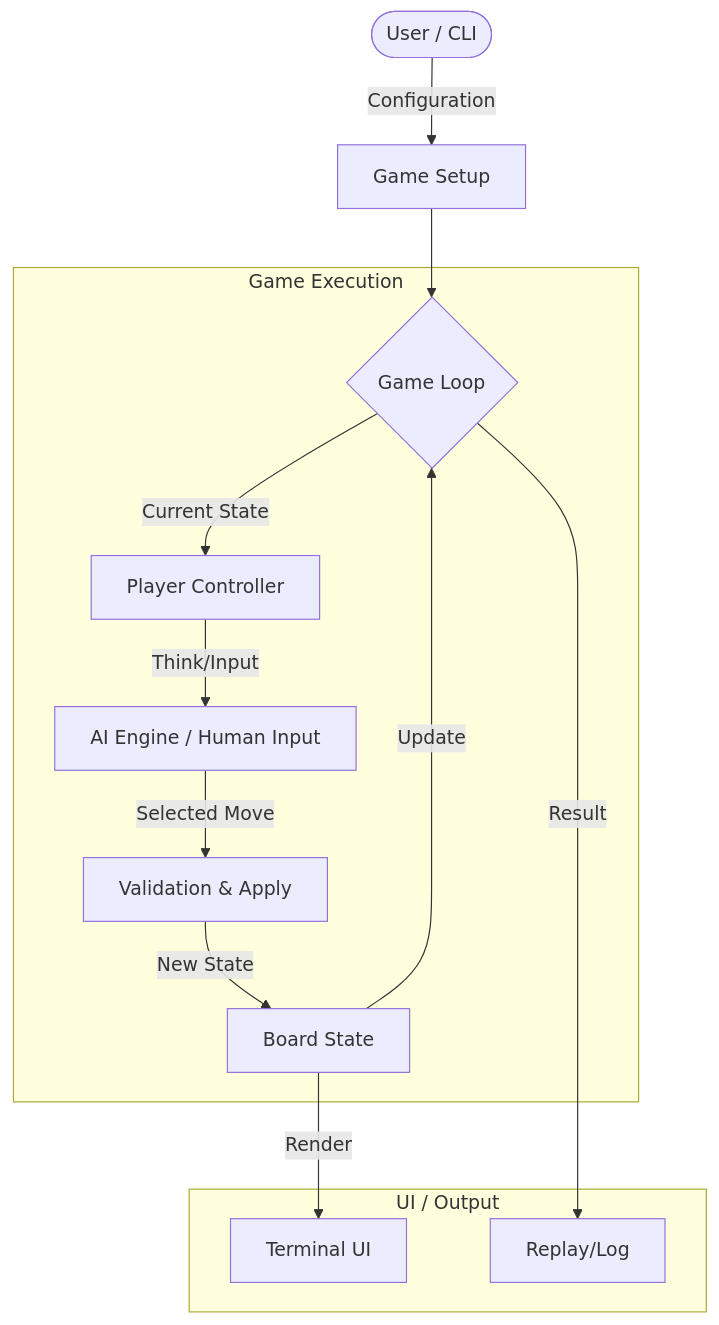
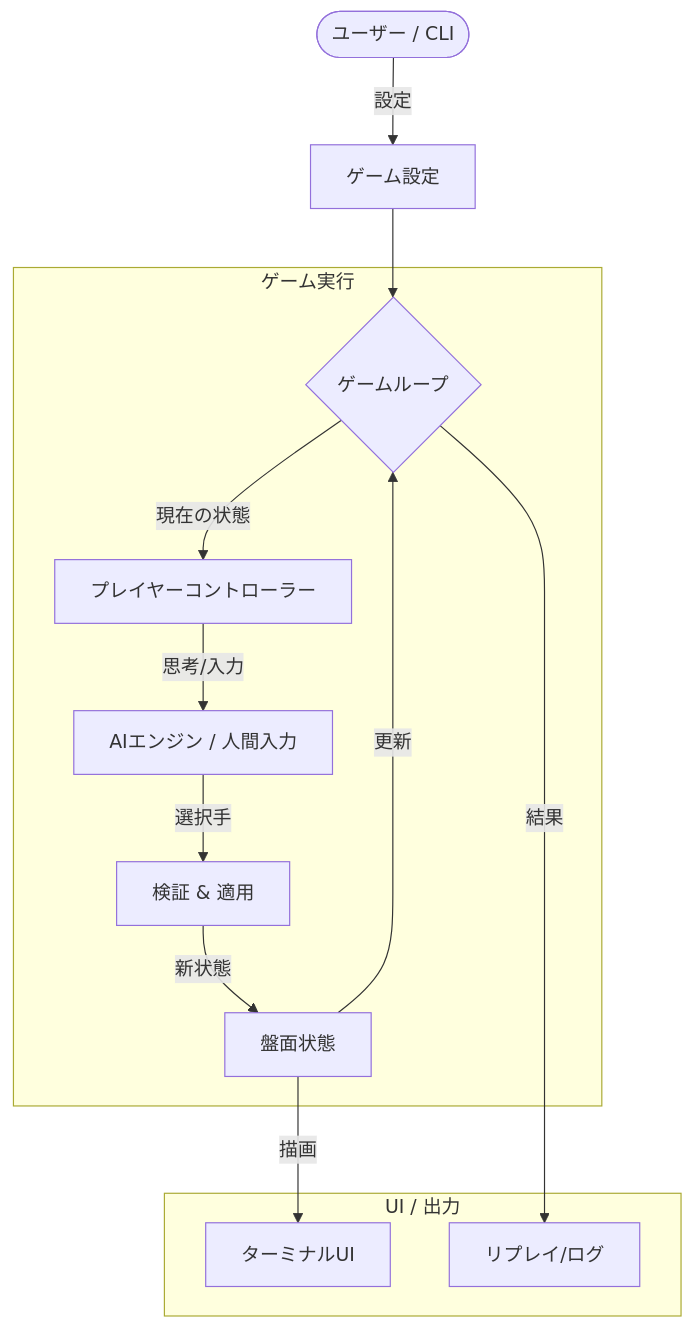
The second of 2 diagrams in docs/ARCHITECTURE.md (daizyoo/aho-ai), drawn with Mermaid before and after one commit. The commit also changed other lines of this file and 1 other file, not shown here.

First line of the commit message:
docs: Translate ARCHITECTURE.md to Japanese

````diff
--- a/docs/ARCHITECTURE.md
+++ b/docs/ARCHITECTURE.md
@@ -86,18 +86,18 @@
 ```mermaid
 graph TD
-    User([User / CLI]) -->|Configuration| Setup[Game Setup]
-    Setup --> GameLoop{Game Loop}
+    User([ユーザー / CLI]) -->|設定| Setup[ゲーム設定]
+    Setup --> GameLoop{ゲームループ}
 
-    subgraph Game Execution
-        GameLoop -->|Current State| Controller[Player Controller]
-        Controller -->|Think/Input| AI[AI Engine / Human Input]
-        AI -->|Selected Move| Logic[Validation & Apply]
-        Logic -->|New State| Board[Board State]
-        Board -->|Update| GameLoop
+    subgraph ゲーム実行
+        GameLoop -->|現在の状態| Controller[プレイヤーコントローラー]
+        Controller -->|思考/入力| AI[AIエンジン / 人間入力]
+        AI -->|選択手| Logic[検証 & 適用]
+        Logic -->|新状態| Board[盤面状態]
+        Board -->|更新| GameLoop
     end
 
-    subgraph UI / Output
-        Board -->|Render| TUI[Terminal UI]
-        GameLoop -->|Result| History[Replay/Log]
+    subgraph UI / 出力
+        Board -->|描画| TUI[ターミナルUI]
+        GameLoop -->|結果| History[リプレイ/ログ]
     end
 ```
````
